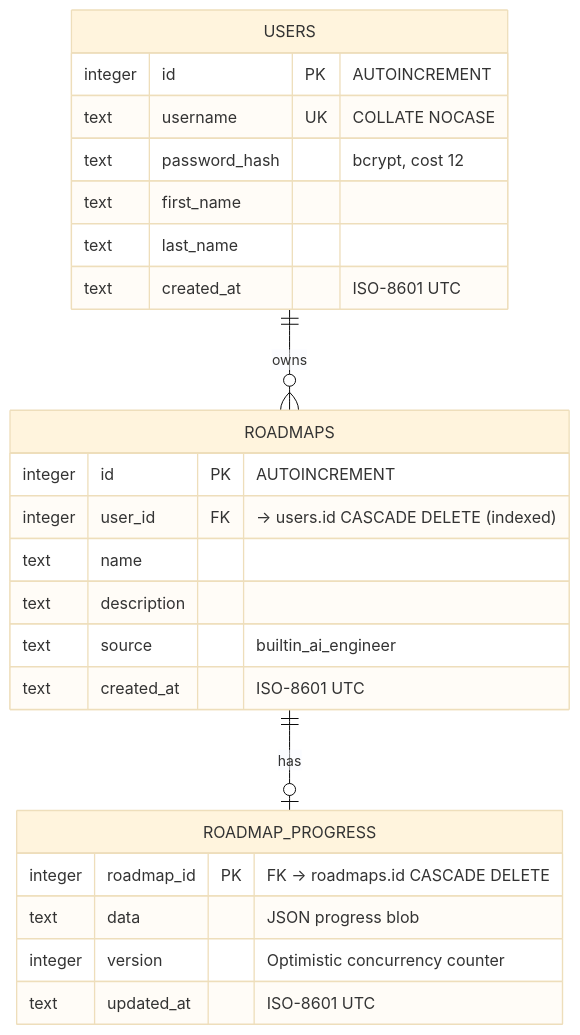
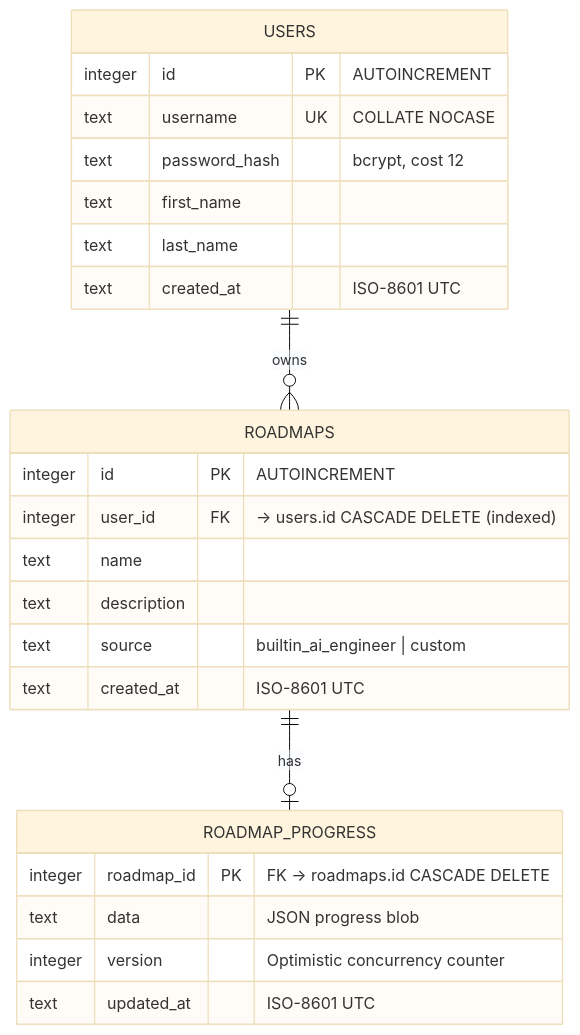
One commit to imkushwaha/roadmap-tracker-app changed the fourth of 7 diagrams in README.md. Above: the diagram before and after it, drawn with Mermaid (base theme). The commit also changed other lines of this file and 17 other files, not shown here.

Commit message:
Add custom roadmap creation (Phase 2)

````diff
--- a/README.md
+++ b/README.md
@@ -324,28 +347,28 @@
 ```mermaid
 erDiagram
     USERS {
         integer id           PK  "AUTOINCREMENT"
         text    username     UK  "COLLATE NOCASE"
         text    password_hash    "bcrypt, cost 12"
         text    first_name
         text    last_name
         text    created_at       "ISO-8601 UTC"
     }
     ROADMAPS {
         integer id           PK  "AUTOINCREMENT"
         integer user_id      FK  "→ users.id CASCADE DELETE (indexed)"
         text    name
         text    description
-        text    source           "builtin_ai_engineer"
+        text    source           "builtin_ai_engineer | custom"
         text    created_at       "ISO-8601 UTC"
     }
     ROADMAP_PROGRESS {
         integer roadmap_id   PK  "FK → roadmaps.id CASCADE DELETE"
         text    data             "JSON progress blob"
         integer version          "Optimistic concurrency counter"
         text    updated_at       "ISO-8601 UTC"
     }
 
     USERS ||--o{ ROADMAPS : "owns"
     ROADMAPS ||--o| ROADMAP_PROGRESS : "has"
 ```
````
